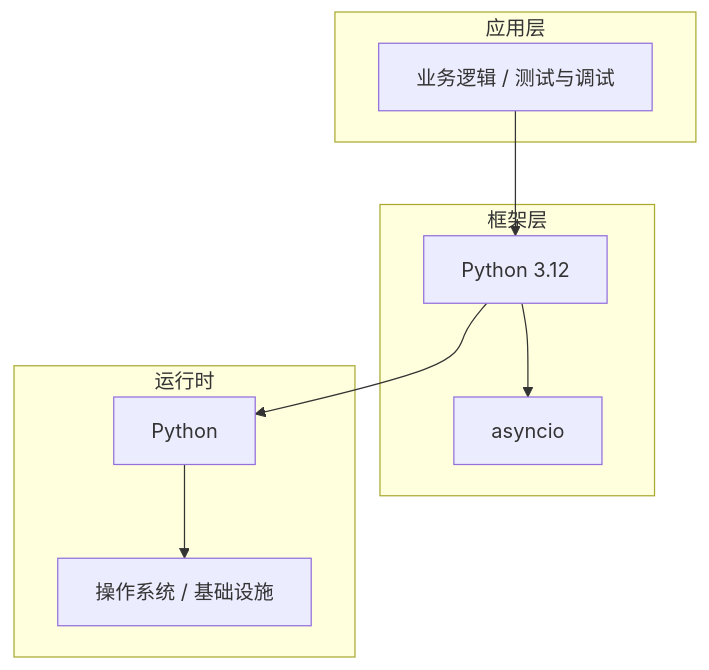
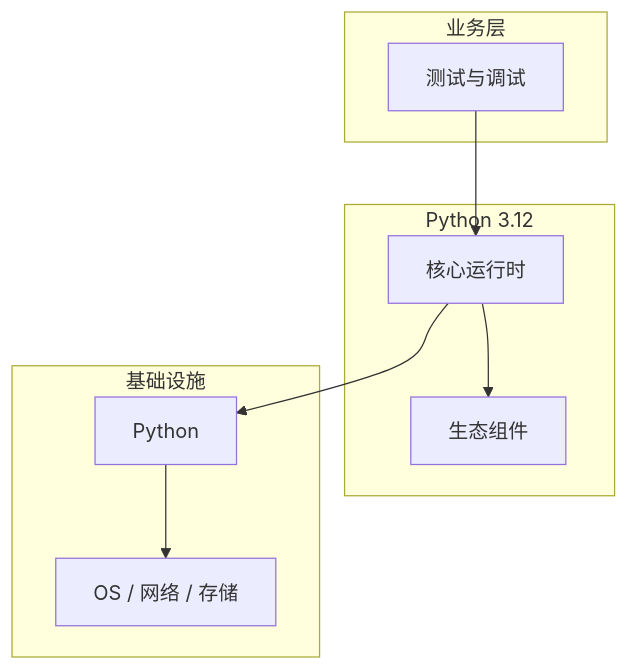
The diagram in articles/Python高级/chapters/105-测试与调试核心概念与原理.md (yanggan2015/knowledge-json-v2), drawn with Mermaid before and after one commit. The commit also changed other lines of this file and 10127 other files, not shown here.

````diff
--- a/articles/Python高级/chapters/105-测试与调试核心概念与原理.md
+++ b/articles/Python高级/chapters/105-测试与调试核心概念与原理.md
@@ -45,18 +34,18 @@
 ```mermaid
 graph TB
-    subgraph 应用层
-        A[业务逻辑 / 测试与调试]
+    subgraph 业务层
+        A[测试与调试]
     end
-    subgraph 框架层
-        B[Python 3.12]
-        C[asyncio]
+    subgraph Python 3.12
+        B[核心运行时]
+        C[生态组件]
     end
-    subgraph 运行时
+    subgraph 基础设施
         D[Python]
-        E[操作系统 / 基础设施]
+        E[OS / 网络 / 存储]
     end
     A --> B
     B --> C
     B --> D
     D --> E
 ```
````
